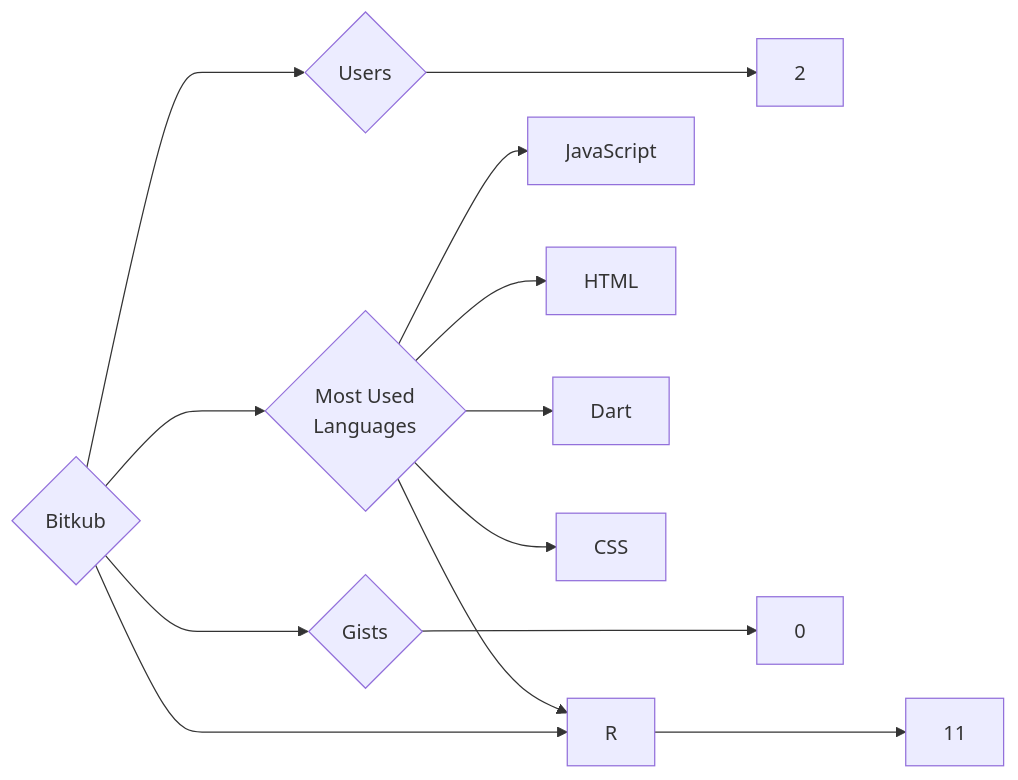
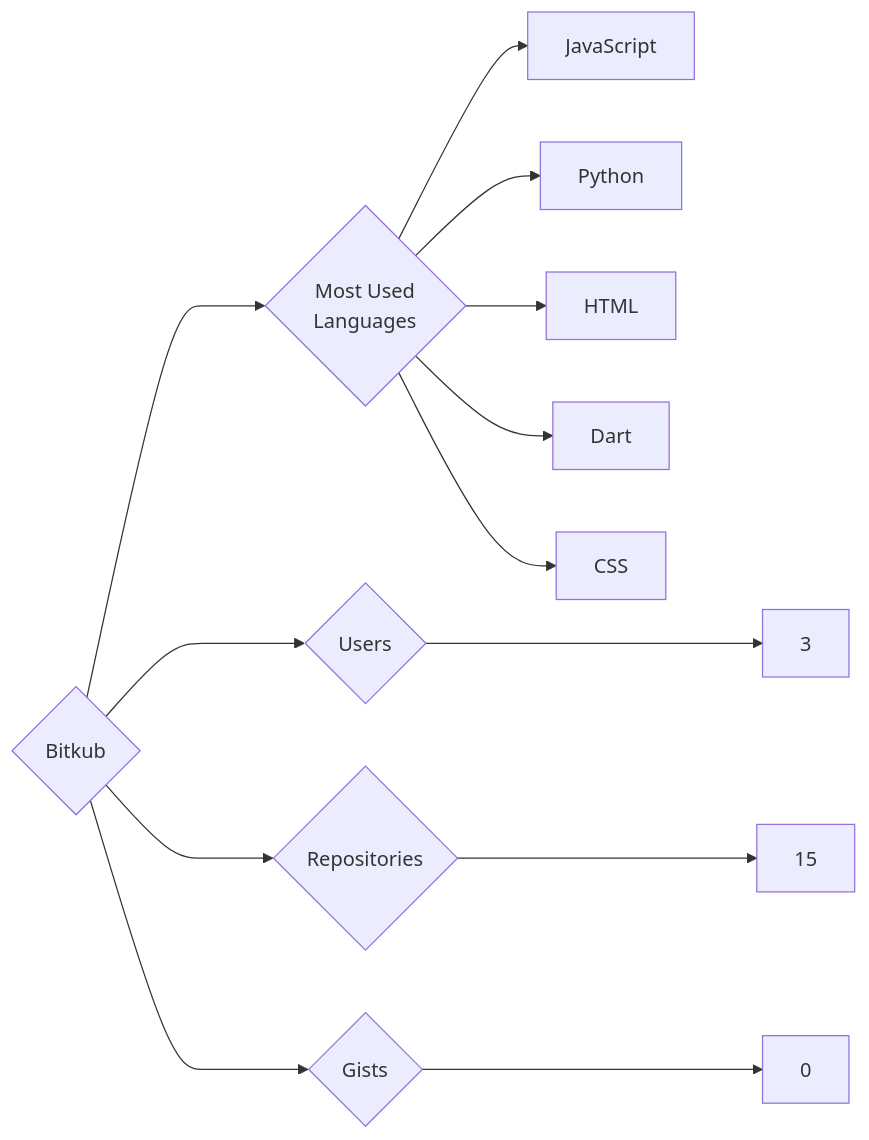
One commit to trickest/insiders changed the diagram in targets/Bitkub/README.md. Above: the diagram before and after it, drawn with Mermaid. The commit also changed 1170 other files, not shown here.

````diff
--- a/targets/Bitkub/README.md
+++ b/targets/Bitkub/README.md
@@ -3,13 +3,13 @@
 ```mermaid
 graph LR
 COMPANY_NAME{Bitkub}
-COMPANY_NAME ---> U{Users} ---> UN[2]
-COMPANY_NAME ---> R{Repositories} ---> RN[11]
+COMPANY_NAME ---> U{Users} ---> UN[3]
+COMPANY_NAME ---> R{Repositories} ---> RN[15]
 COMPANY_NAME ---> G{Gists} ---> GN[0]
 COMPANY_NAME ---> ML{Most Used<br>Languages}
 ML --> JavaScript[JavaScript]
+ML --> Python[Python]
 ML --> HTML[HTML]
 ML --> Dart[Dart]
 ML --> CSS[CSS]
-ML --> R[R]
 ```
````
